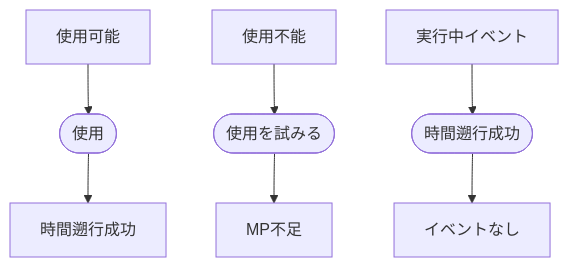
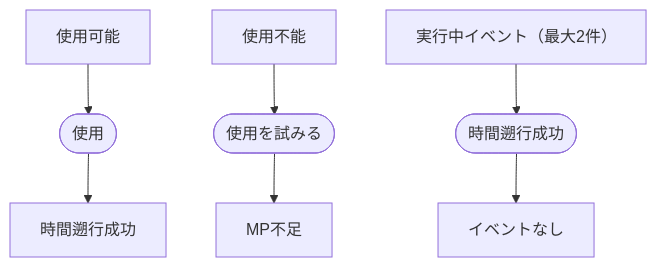
The diagram in docs/基本設計/ゲームシステム/カシオペアシステム.md (hachimitu22/negima-festival), drawn with Mermaid before and after one commit. The commit also changed other lines of this file and 24 other files, not shown here.

````diff
--- a/docs/基本設計/ゲームシステム/カシオペアシステム.md
+++ b/docs/基本設計/ゲームシステム/カシオペアシステム.md
@@ -39,11 +40,11 @@
 ```mermaid
 flowchart TB
   Available["使用可能"] --> Use(["使用"])
   Use --> RewindSucceeded["時間遡行成功"]
 
   Unavailable["使用不能"] --> Attempt(["使用を試みる"])
   Attempt --> InsufficientMP["MP不足"]
 
-  ActiveEvent["実行中イベント"] --> RewindEvent(["時間遡行成功"])
-  RewindEvent --> NoEvent["イベントなし"]
+  ActiveEvents["実行中イベント（最大2件）"] --> RewindEvents(["時間遡行成功"])
+  RewindEvents --> NoEvents["イベントなし"]
 ```
````
